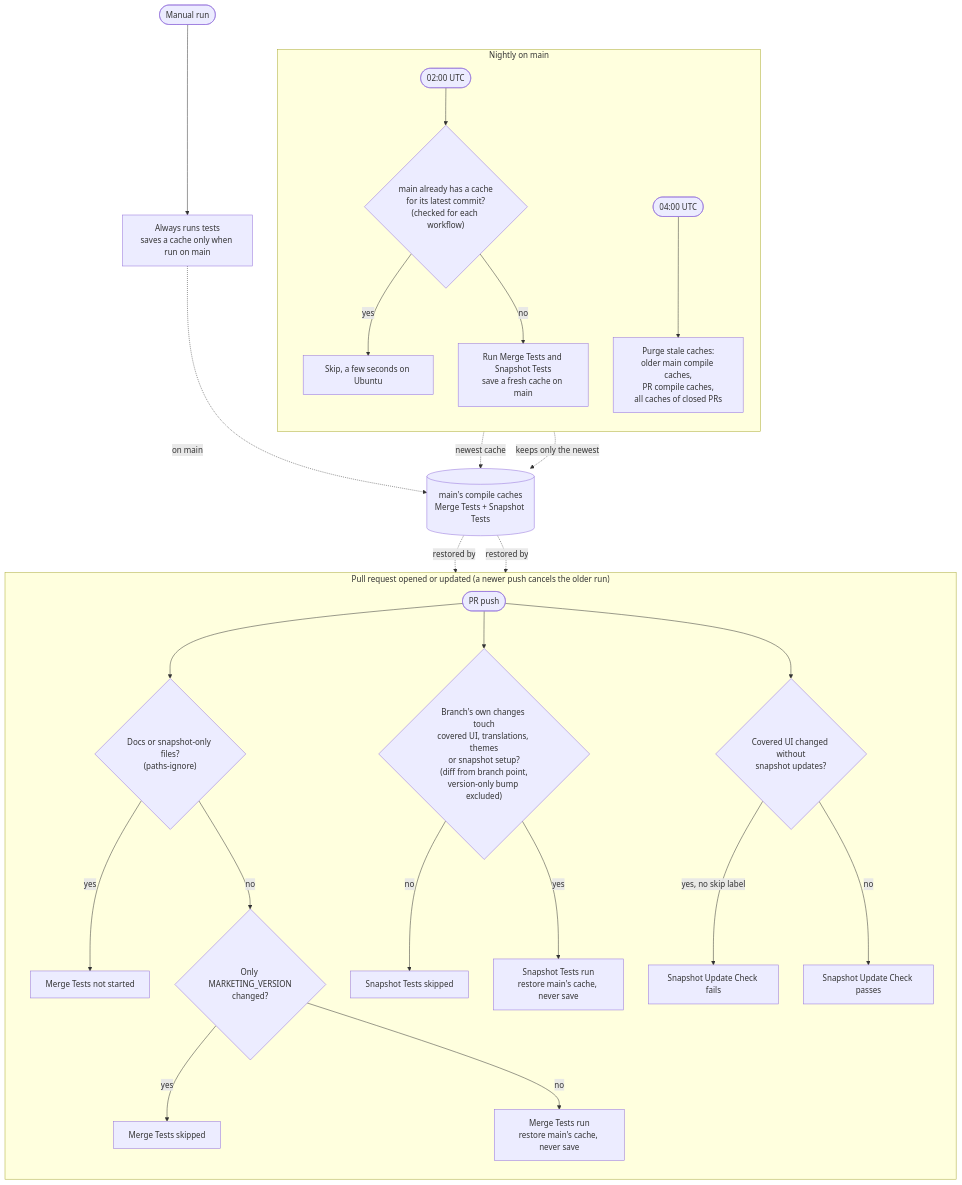
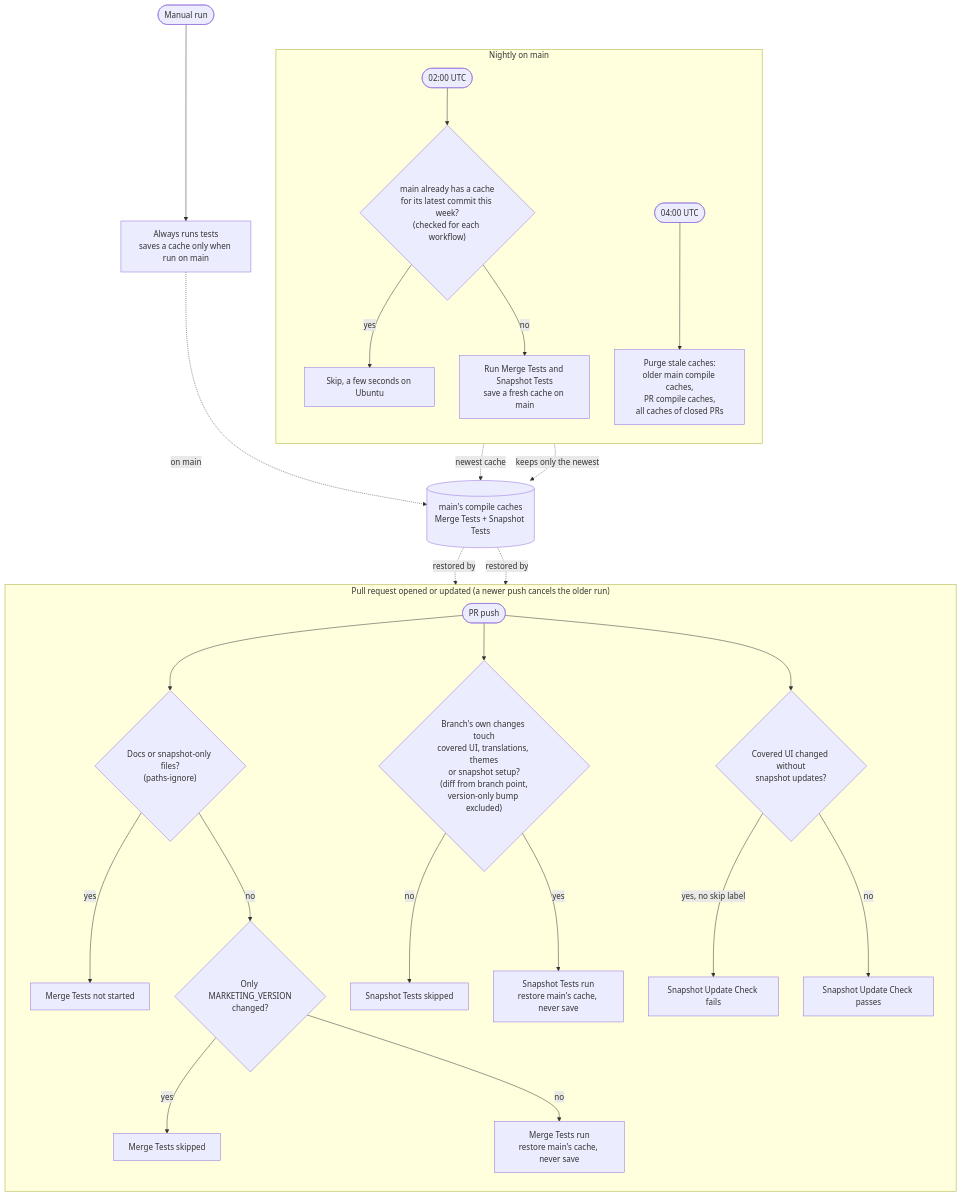
Before and after one commit to ecosia/ios-browser: the diagram in firefox-ios/Ecosia/Ecosia.docc/CI_WORKFLOWS.md, drawn with Mermaid. The commit also changed other lines of this file and 2 other files, not shown here.

Commit message:
[MOB-4907] Refresh main's caches when the week changes
The nightly check matched any cache for the latest commit, so a new ISO week without a new commit never refreshed main's cache. It now matches the week too. The toolchain part of the key needs macOS to compute; Xcode is pinned, so a version change arrives with a commit.

````diff
--- a/firefox-ios/Ecosia/Ecosia.docc/CI_WORKFLOWS.md
+++ b/firefox-ios/Ecosia/Ecosia.docc/CI_WORKFLOWS.md
@@ -5,35 +5,35 @@
 ```mermaid
 flowchart TB
   subgraph PR["Pull request opened or updated (a newer push cancels the older run)"]
     direction TB
     pr([PR push]) --> mtFilter{"Docs or snapshot-only files?<br/>(paths-ignore)"}
     mtFilter -- yes --> mtNone[Merge Tests not started]
     mtFilter -- no --> mtClass{"Only MARKETING_VERSION<br/>changed?"}
     mtClass -- yes --> mtSkip[Merge Tests skipped]
     mtClass -- no --> mtRun["Merge Tests run<br/>restore main's cache, never save"]
 
     pr --> stClass{"Branch's own changes touch<br/>covered UI, translations, themes<br/>or snapshot setup?<br/>(diff from branch point,<br/>version-only bump excluded)"}
     stClass -- no --> stSkip[Snapshot Tests skipped]
     stClass -- yes --> stRun["Snapshot Tests run<br/>restore main's cache, never save"]
 
     pr --> suc{"Covered UI changed without<br/>snapshot updates?"}
     suc -- "yes, no skip label" --> sucFail[Snapshot Update Check fails]
     suc -- no --> sucOk[Snapshot Update Check passes]
   end
 
   subgraph Nightly["Nightly on main"]
     direction TB
-    n2(["02:00 UTC"]) --> nCheck{"main already has a cache<br/>for its latest commit?<br/>(checked for each workflow)"}
+    n2(["02:00 UTC"]) --> nCheck{"main already has a cache<br/>for its latest commit this week?<br/>(checked for each workflow)"}
     nCheck -- yes --> nSkip[Skip, a few seconds on Ubuntu]
     nCheck -- no --> nRun["Run Merge Tests and Snapshot Tests<br/>save a fresh cache on main"]
     n4(["04:00 UTC"]) --> purge["Purge stale caches:<br/>older main compile caches,<br/>PR compile caches,<br/>all caches of closed PRs"]
   end
 
   manual(["Manual run"]) --> mRun["Always runs tests<br/>saves a cache only when run on main"]
 
   nRun -. newest cache .-> cache[("main's compile caches<br/>Merge Tests + Snapshot Tests")]
   mRun -. on main .-> cache
   cache -. restored by .-> mtRun
   cache -. restored by .-> stRun
   purge -. keeps only the newest .-> cache
 ```
````
